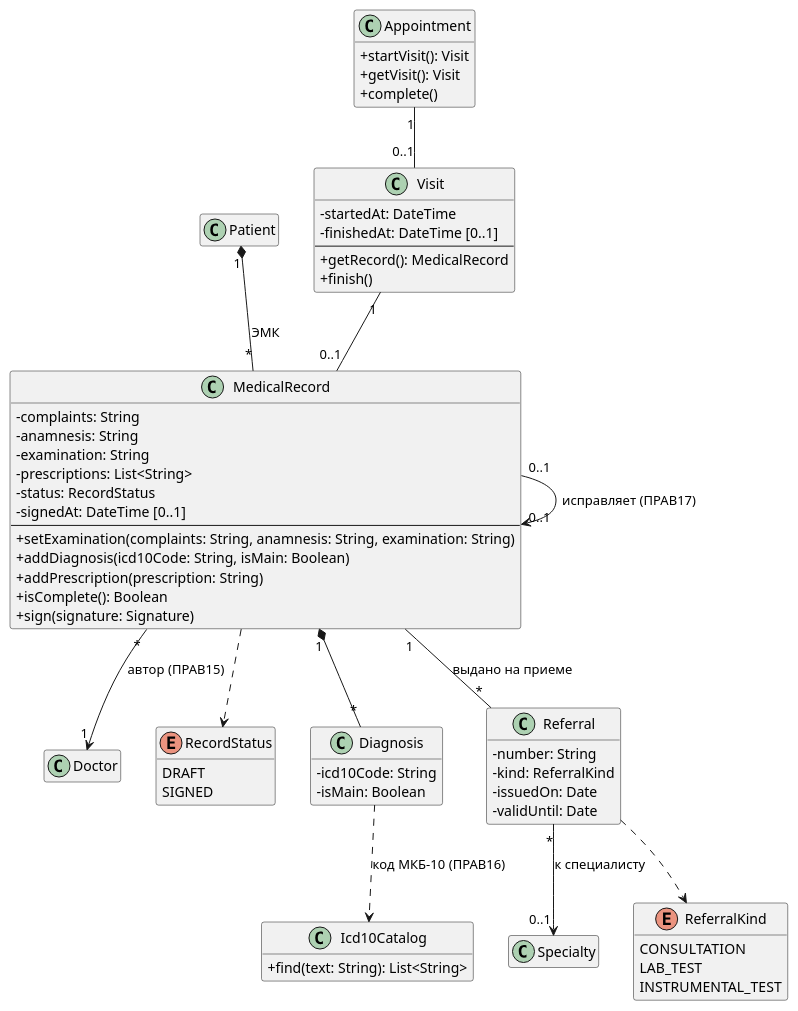
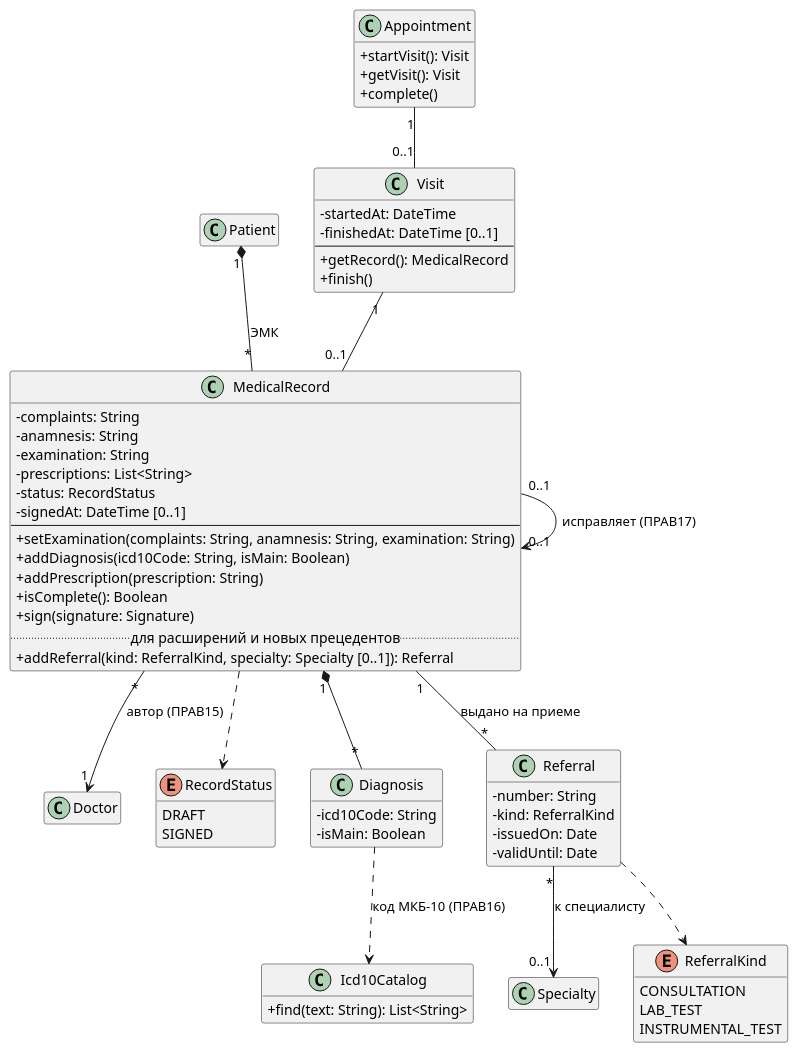
One commit to penamarth/bsbo-11-24_team3_var3_clinic changed the seventh of 8 diagrams in Диаграмма классов.md. Above: the diagram before and after it, drawn with PlantUML. The commit also changed other lines of this file and 2 other files, not shown here.

Commit message:
выдача направления в диаграмме классов

````diff
--- a/Диаграмма классов.md
+++ b/Диаграмма классов.md
@@ -434,71 +434,73 @@
 ```plantuml
 @startuml classes-visit
 skinparam classAttributeIconSize 0
 hide empty members
 
 class Patient
 class Appointment {
   + startVisit(): Visit
   + getVisit(): Visit
   + complete()
 }
 class Doctor
 class Specialty
 class Visit {
   - startedAt: DateTime
   - finishedAt: DateTime [0..1]
   --
   + getRecord(): MedicalRecord
   + finish()
 }
 class MedicalRecord {
   - complaints: String
   - anamnesis: String
   - examination: String
   - prescriptions: List<String>
   - status: RecordStatus
   - signedAt: DateTime [0..1]
   --
   + setExamination(complaints: String, anamnesis: String, examination: String)
   + addDiagnosis(icd10Code: String, isMain: Boolean)
   + addPrescription(prescription: String)
   + isComplete(): Boolean
   + sign(signature: Signature)
+  .. для расширений и новых прецедентов ..
+  + addReferral(kind: ReferralKind, specialty: Specialty [0..1]): Referral
 }
 enum RecordStatus {
   DRAFT
   SIGNED
 }
 class Diagnosis {
   - icd10Code: String
   - isMain: Boolean
 }
 class Referral {
   - number: String
   - kind: ReferralKind
   - issuedOn: Date
   - validUntil: Date
 }
 enum ReferralKind {
   CONSULTATION
   LAB_TEST
   INSTRUMENTAL_TEST
 }
 class Icd10Catalog {
   + find(text: String): List<String>
 }
 
 Patient "1" *-- "*" MedicalRecord : ЭМК
 MedicalRecord "1" *-- "*" Diagnosis
 MedicalRecord "0..1" --> "0..1" MedicalRecord : исправляет (ПРАВ17)
 MedicalRecord ..> RecordStatus
 Appointment "1" -- "0..1" Visit
 Visit "1" -- "0..1" MedicalRecord
 MedicalRecord "*" --> "1" Doctor : автор (ПРАВ15)
 MedicalRecord "1" -- "*" Referral : выдано на приеме
 Referral "*" --> "0..1" Specialty : к специалисту
 Referral ..> ReferralKind
 Diagnosis ..> Icd10Catalog : код МКБ-10 (ПРАВ16)
 
 @enduml
 ```
````
